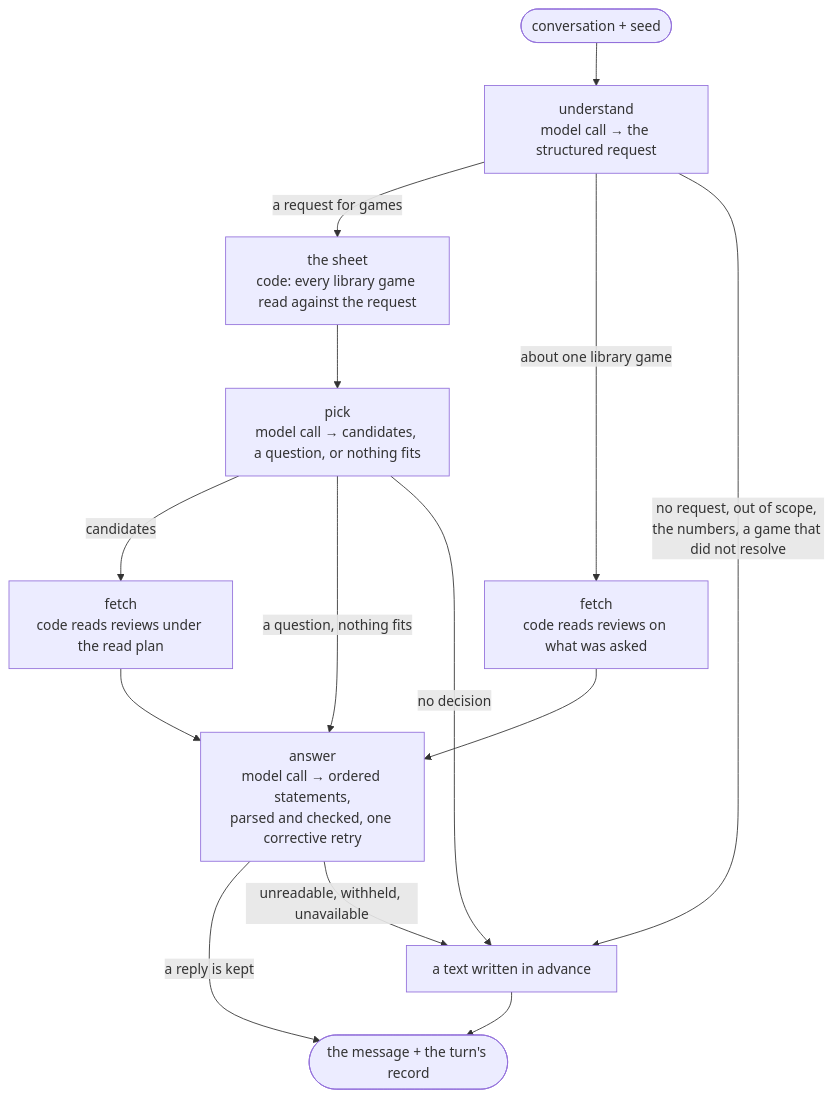
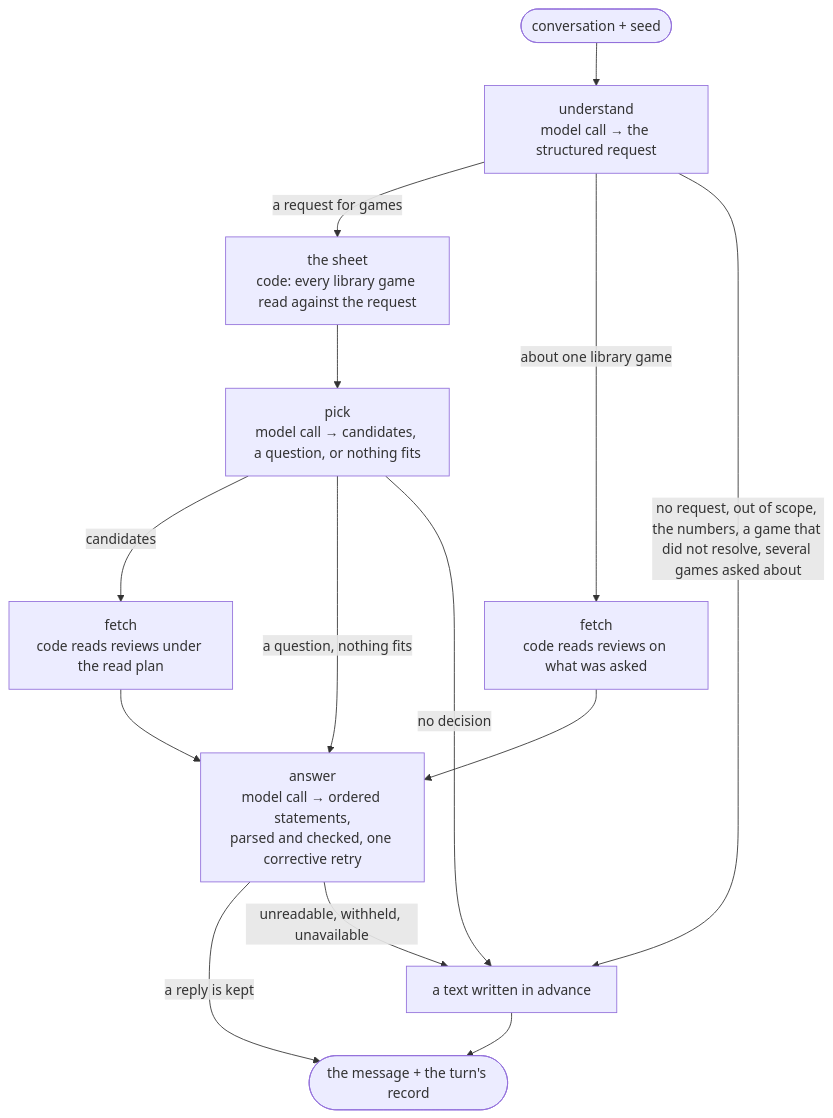
The fifth of 5 diagrams in ARCHITECTURE.md (arda-basarici/steam-lens), drawn with Mermaid before and after one commit. The commit also changed 1 other file, not shown here.

Commit message:
DESIGN and ARCHITECTURE after the answer revision: the sentences it made false are corrected in place, four register rows for its working values, and the comparison run with what the answer call kept and did not keep

````diff
--- a/ARCHITECTURE.md
+++ b/ARCHITECTURE.md
@@ -234,24 +234,24 @@
 ```mermaid
 %%{init: {"flowchart": {"diagramPadding": 150}}}%%
 flowchart TD
     CONV(["conversation + seed"]) --> U["`understand
     model call → the structured request`"]
     U -->|"a request for games"| SHEET["`the sheet
     code: every library game read against the request`"]
     U -->|"about one library game"| ONE["`fetch
     code reads reviews on what was asked`"]
-    U -->|"no request, out of scope, the numbers, a game that did not resolve"| FIXED["a text written in advance"]
+    U -->|"no request, out of scope, the numbers, a game that did not resolve, several games asked about"| FIXED["a text written in advance"]
     SHEET --> PICK["`pick
     model call → candidates, a question, or nothing fits`"]
     PICK -->|"candidates"| FETCH["`fetch
     code reads reviews under the read plan`"]
     PICK -->|"a question, nothing fits"| ANSWER
     PICK -->|"no decision"| FIXED
     FETCH --> ANSWER["`answer
     model call → ordered statements,
     parsed and checked, one corrective retry`"]
     ONE --> ANSWER
     ANSWER -->|"a reply is kept"| TURN(["the message + the turn's record"])
     ANSWER -->|"unreadable, withheld, unavailable"| FIXED
     FIXED --> TURN
 ```
````
